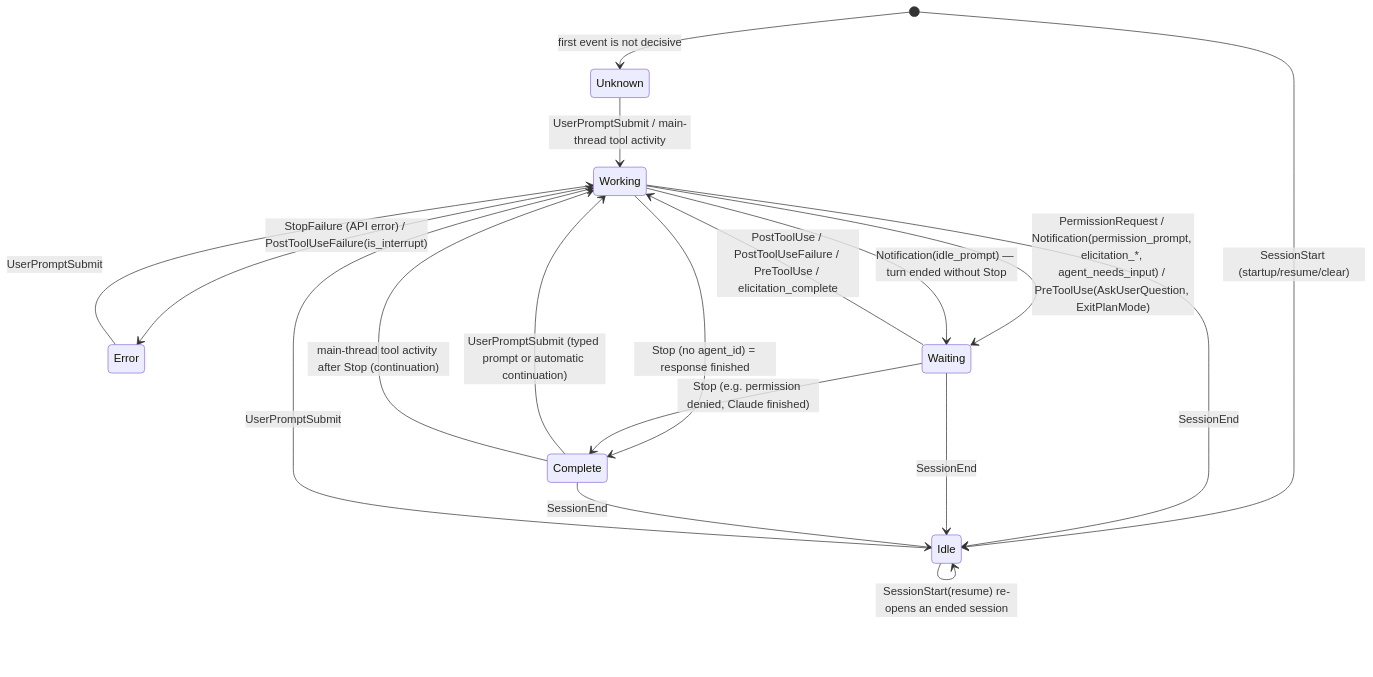
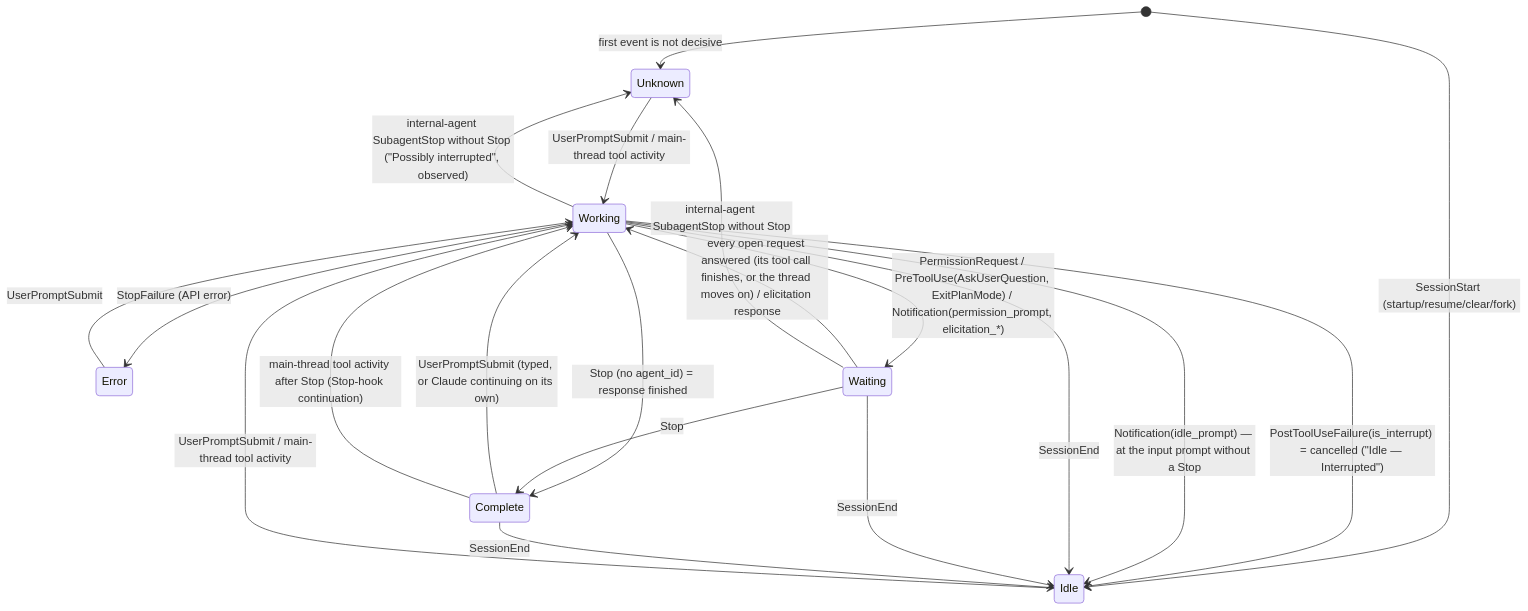
One commit to audiophreak/claude-status changed the second of 2 diagrams in docs/ARCHITECTURE.md. Above: the diagram before and after it, drawn with Mermaid. The commit also changed other lines of this file and 60 other files, not shown here.

````diff
--- a/docs/ARCHITECTURE.md
+++ b/docs/ARCHITECTURE.md
@@ -66,20 +71,22 @@
 ```mermaid
 stateDiagram-v2
     [*] --> Unknown: first event is not decisive
-    [*] --> Idle: SessionStart (startup/resume/clear)
-    Idle --> Working: UserPromptSubmit
+    [*] --> Idle: SessionStart (startup/resume/clear/fork)
+    Idle --> Working: UserPromptSubmit / main-thread tool activity
     Unknown --> Working: UserPromptSubmit / main-thread tool activity
-    Complete --> Working: UserPromptSubmit (typed prompt or automatic continuation)
-    Complete --> Working: main-thread tool activity after Stop (continuation)
+    Complete --> Working: UserPromptSubmit (typed, or Claude continuing on its own)
+    Complete --> Working: main-thread tool activity after Stop (Stop-hook continuation)
     Error --> Working: UserPromptSubmit
-    Working --> Waiting: PermissionRequest / Notification(permission_prompt, elicitation_*, agent_needs_input) / PreToolUse(AskUserQuestion, ExitPlanMode)
-    Waiting --> Working: PostToolUse / PostToolUseFailure / PreToolUse / elicitation_complete
+    Working --> Waiting: PermissionRequest / PreToolUse(AskUserQuestion, ExitPlanMode) / Notification(permission_prompt, elicitation_*)
+    Waiting --> Working: every open request answered (its tool call finishes, or the thread moves on) / elicitation response
     Working --> Complete: Stop (no agent_id) = response finished
-    Waiting --> Complete: Stop (e.g. permission denied, Claude finished)
-    Working --> Error: StopFailure (API error) / PostToolUseFailure(is_interrupt)
-    Working --> Waiting: Notification(idle_prompt) — turn ended without Stop
+    Waiting --> Complete: Stop
+    Working --> Error: StopFailure (API error)
+    Working --> Idle: PostToolUseFailure(is_interrupt) = cancelled ("Idle — Interrupted")
+    Working --> Idle: Notification(idle_prompt) — at the input prompt without a Stop
+    Working --> Unknown: internal-agent SubagentStop without Stop ("Possibly interrupted", observed)
+    Waiting --> Unknown: internal-agent SubagentStop without Stop
     Working --> Idle: SessionEnd
     Waiting --> Idle: SessionEnd
     Complete --> Idle: SessionEnd
-    Idle --> Idle: SessionStart(resume) re-opens an ended session
 ```
````
